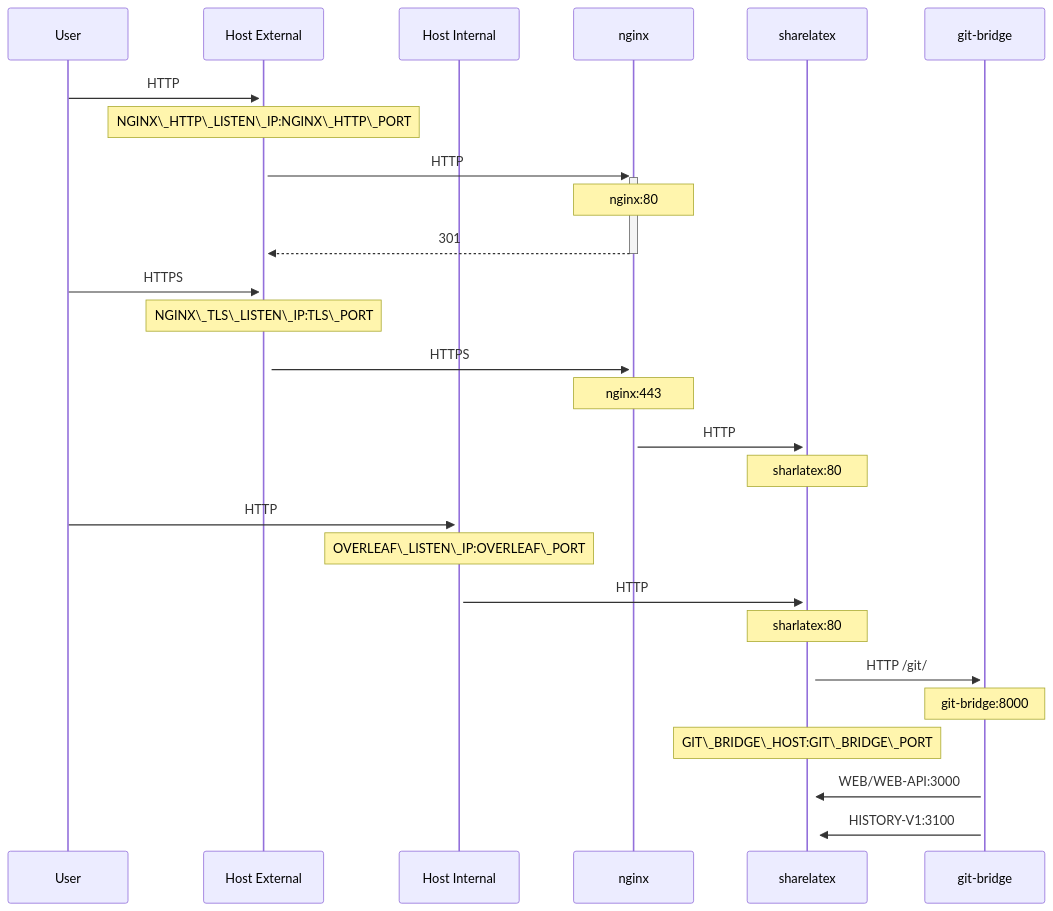
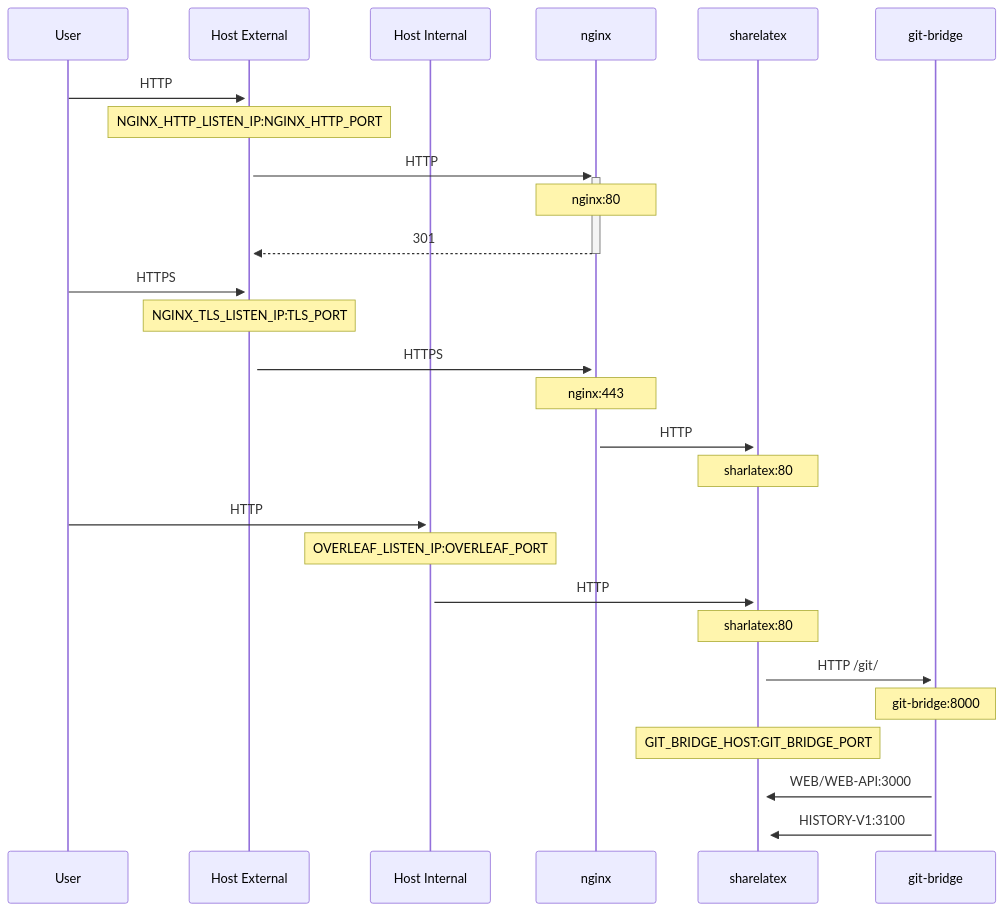
Before and after one commit to ayaka-notes/overleaf: the diagram in docs/on-premises/configuration/overleaf-toolkit/tls-proxy.md, drawn with Mermaid. The commit also changed other lines of this file and 1 other file, not shown here.

Commit message:
GITBOOK-52: No subject

````diff
--- a/docs/on-premises/configuration/overleaf-toolkit/tls-proxy.md
+++ b/docs/on-premises/configuration/overleaf-toolkit/tls-proxy.md
@@ -51,33 +57,33 @@
 ```mermaid
 sequenceDiagram
 participant user as User
 participant external as Host External
 participant internal as Host Internal
 participant nginx as nginx
 participant sharelatex as sharelatex
 participant git-bridge as git-bridge
 %% User connects to external host HTTP
 user->>+ external: HTTP
-note over external: NGINX\_HTTP\_LISTEN\_IP:NGINX\_HTTP\_PORT
+note over external: NGINX_HTTP_LISTEN_IP:NGINX_HTTP_PORT
 external->>+ nginx: HTTP
 note over nginx: nginx:80
 nginx-->>-external: 301
 %% User connects to external host HTTPS
 user->>+ external: HTTPS
-note over external: NGINX\_TLS\_LISTEN\_IP:TLS\_PORT
+note over external: NGINX_TLS_LISTEN_IP:TLS_PORT
 external->>+ nginx: HTTPS
 note over nginx: nginx:443
 nginx->>+ sharelatex: HTTP
 note over sharelatex: sharlatex:80
 %% User connects to localhost HTTP
 user->>+ internal: HTTP
-note over internal: OVERLEAF\_LISTEN\_IP:OVERLEAF\_PORT
+note over internal: OVERLEAF_LISTEN_IP:OVERLEAF_PORT
 internal->>+sharelatex: HTTP
 note over sharelatex: sharlatex:80
 %% sharelatex connects to git-bridge
 sharelatex->>+git-bridge: HTTP /git/
 note over git-bridge: git-bridge:8000
-note over sharelatex: GIT\_BRIDGE\_HOST:GIT\_BRIDGE\_PORT
+note over sharelatex: GIT_BRIDGE_HOST:GIT_BRIDGE_PORT
 git-bridge->>+sharelatex: WEB/WEB-API:3000
 git-bridge->>+sharelatex: HISTORY-V1:3100
 ```
````
